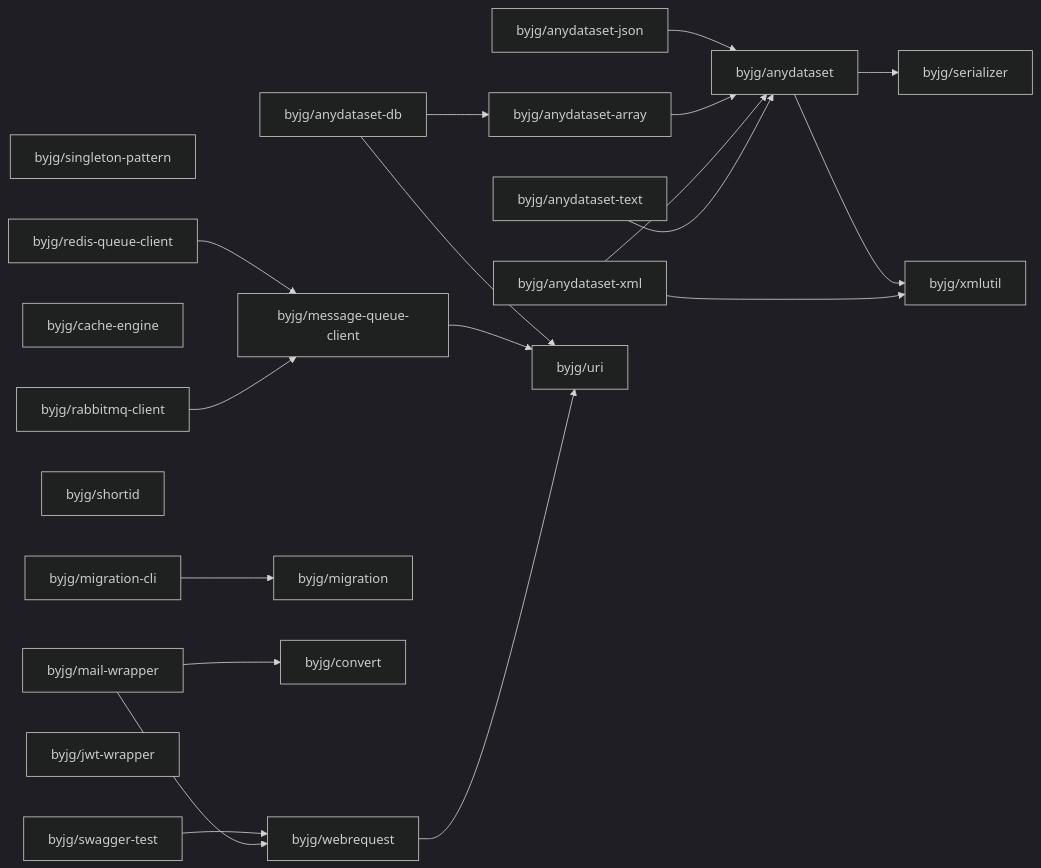
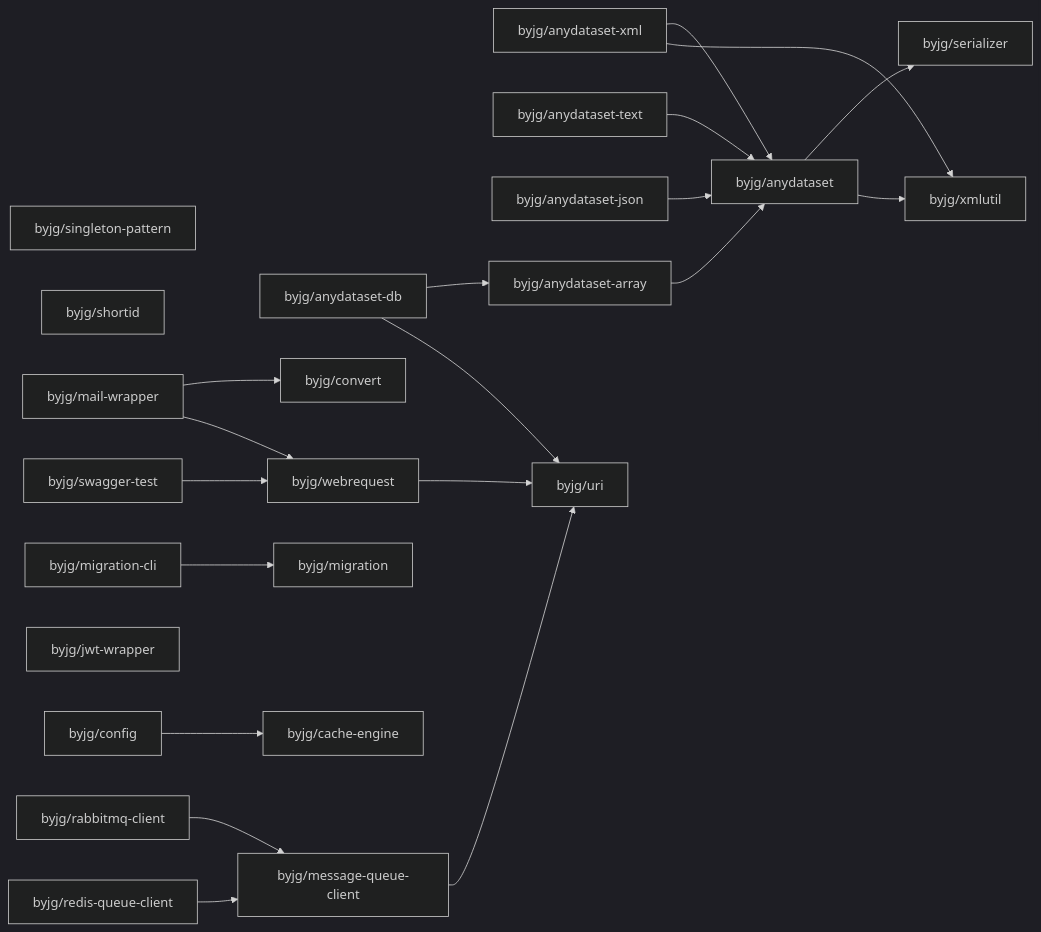
Before and after one commit to byjg/byjg.github.io: the diagram in php/README.md, drawn with Mermaid (dark theme). The commit also changed 8 other files, not shown here.

````diff
--- a/php/README.md
+++ b/php/README.md
@@ -3,42 +3,44 @@
 ```mermaid
 graph LR;
+  byjg/singleton-pattern;
+  byjg/shortid;
+  byjg/mail-wrapper;
   byjg/anydataset-xml;
-  byjg/anydataset-text;
-  byjg/singleton-pattern;
+  byjg/anydataset-db;
   byjg/redis-queue-client;
-  byjg/cache-engine;
-  byjg/rabbitmq-client;
-  byjg/shortid;
-  byjg/anydataset-db;
-  byjg/swagger-test;
-  byjg/anydataset-json;
   byjg/migration-cli;
   byjg/jwt-wrapper;
-  byjg/mail-wrapper;
-  byjg/message-queue-client;
+  byjg/anydataset-text;
+  byjg/swagger-test;
+  byjg/config;
+  byjg/anydataset-json;
+  byjg/rabbitmq-client;
+  byjg/convert;
   byjg/anydataset-array;
   byjg/migration;
-  byjg/convert;
   byjg/webrequest;
+  byjg/cache-engine;
+  byjg/message-queue-client;
   byjg/anydataset;
   byjg/uri;
   byjg/serializer;
   byjg/xmlutil;
+  byjg/config --> byjg/cache-engine;
   byjg/anydataset-text --> byjg/anydataset;
   byjg/webrequest --> byjg/uri;
   byjg/rabbitmq-client --> byjg/message-queue-client;
   byjg/anydataset-xml --> byjg/anydataset;
   byjg/anydataset-xml --> byjg/xmlutil;
   byjg/anydataset-array --> byjg/anydataset;
   byjg/mail-wrapper --> byjg/convert;
   byjg/mail-wrapper --> byjg/webrequest;
   byjg/message-queue-client --> byjg/uri;
   byjg/anydataset-db --> byjg/anydataset-array;
   byjg/anydataset-db --> byjg/uri;
   byjg/anydataset-json --> byjg/anydataset;
   byjg/redis-queue-client --> byjg/message-queue-client;
   byjg/swagger-test --> byjg/webrequest;
   byjg/migration-cli --> byjg/migration;
   byjg/anydataset --> byjg/serializer;
   byjg/anydataset --> byjg/xmlutil;
 ```
````
